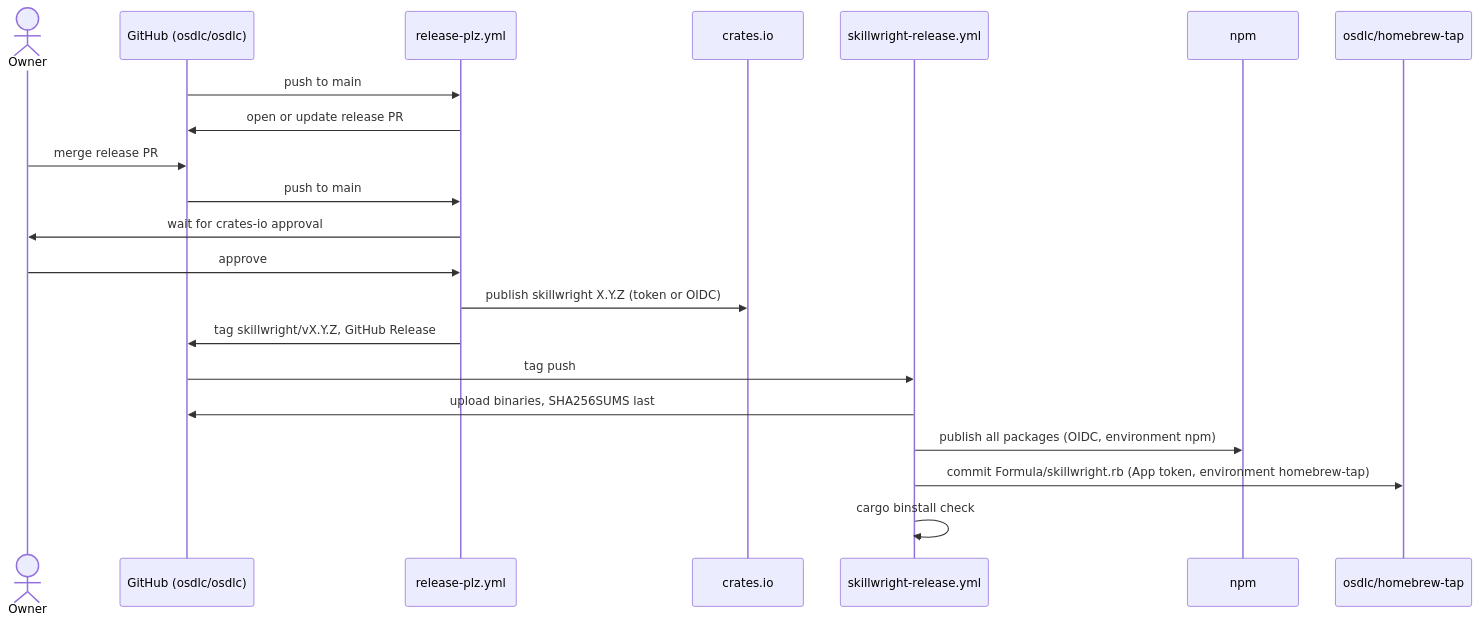
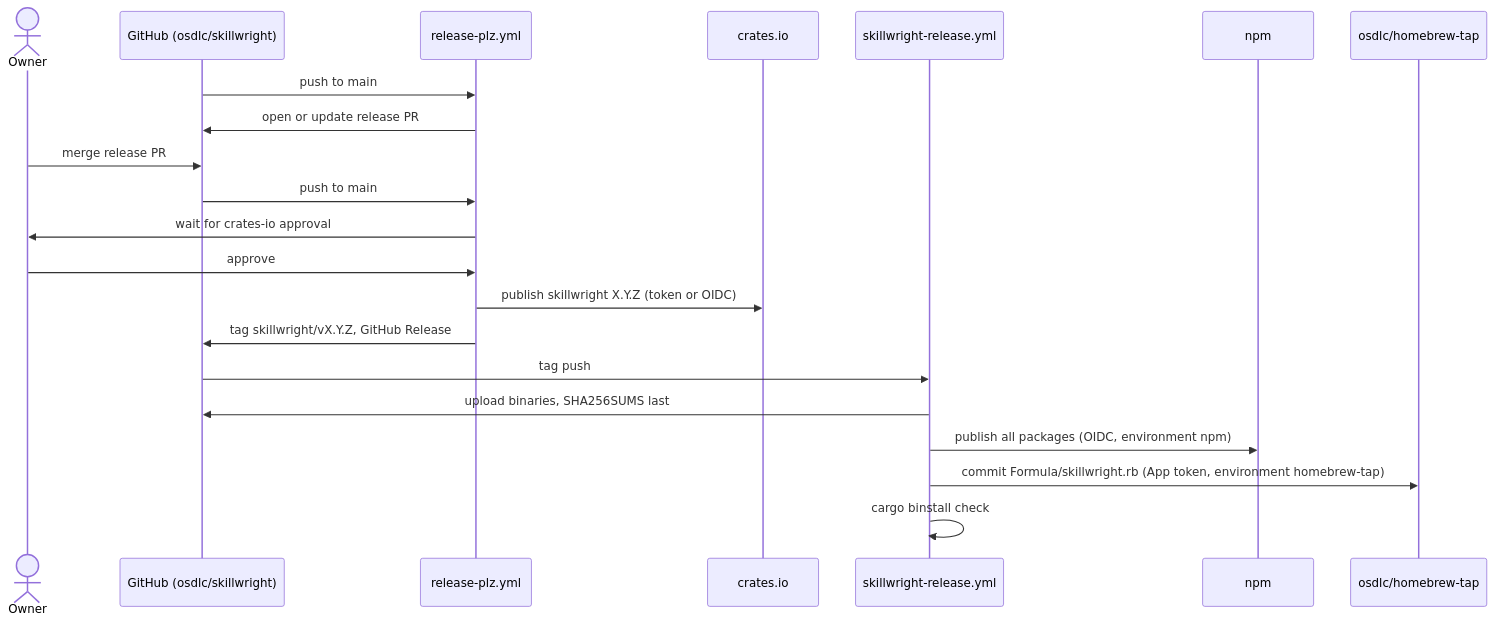
Before and after one commit to osdlc/skillwright: the second of 3 diagrams in packages/rust/skillwright/RELEASING.md, drawn with Mermaid. The commit also changed other lines of this file and 2 other files, not shown here.

First line of the commit message:
Docs: release skillwright from this repository

````diff
--- a/packages/rust/skillwright/RELEASING.md
+++ b/packages/rust/skillwright/RELEASING.md
@@ -65,24 +65,24 @@
 ```mermaid
 sequenceDiagram
     actor Owner
-    participant GH as GitHub (osdlc/osdlc)
+    participant GH as GitHub (osdlc/skillwright)
     participant RP as release-plz.yml
     participant CR as crates.io
     participant SR as skillwright-release.yml
     participant NPM as npm
     participant TAP as osdlc/homebrew-tap
 
     GH->>RP: push to main
     RP->>GH: open or update release PR
     Owner->>GH: merge release PR
     GH->>RP: push to main
     RP->>Owner: wait for crates-io approval
     Owner->>RP: approve
     RP->>CR: publish skillwright X.Y.Z (token or OIDC)
     RP->>GH: tag skillwright/vX.Y.Z, GitHub Release
     GH->>SR: tag push
     SR->>GH: upload binaries, SHA256SUMS last
     SR->>NPM: publish all packages (OIDC, environment npm)
     SR->>TAP: commit Formula/skillwright.rb (App token, environment homebrew-tap)
     SR->>SR: cargo binstall check
 ```
````
